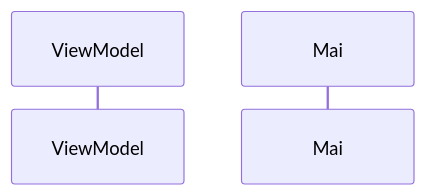
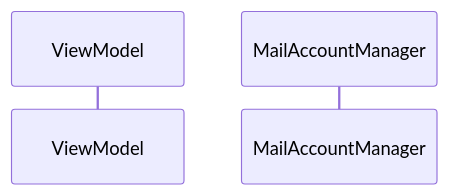
The diagram in Documentation/Settings.md (jan-schubert/Mailie), drawn with Mermaid before and after one commit. The commit also changed other lines of this file, not shown here.

Commit message:
Documentation/Settings.md updated from https://stackedit.io/

````diff
--- a/Documentation/Settings.md
+++ b/Documentation/Settings.md
@@ -4,6 +4,6 @@
 ```mermaid
 sequenceDiagram
 participant ViewModel
-participant Mai
+participant MailAccountManager
 
 ```
````
